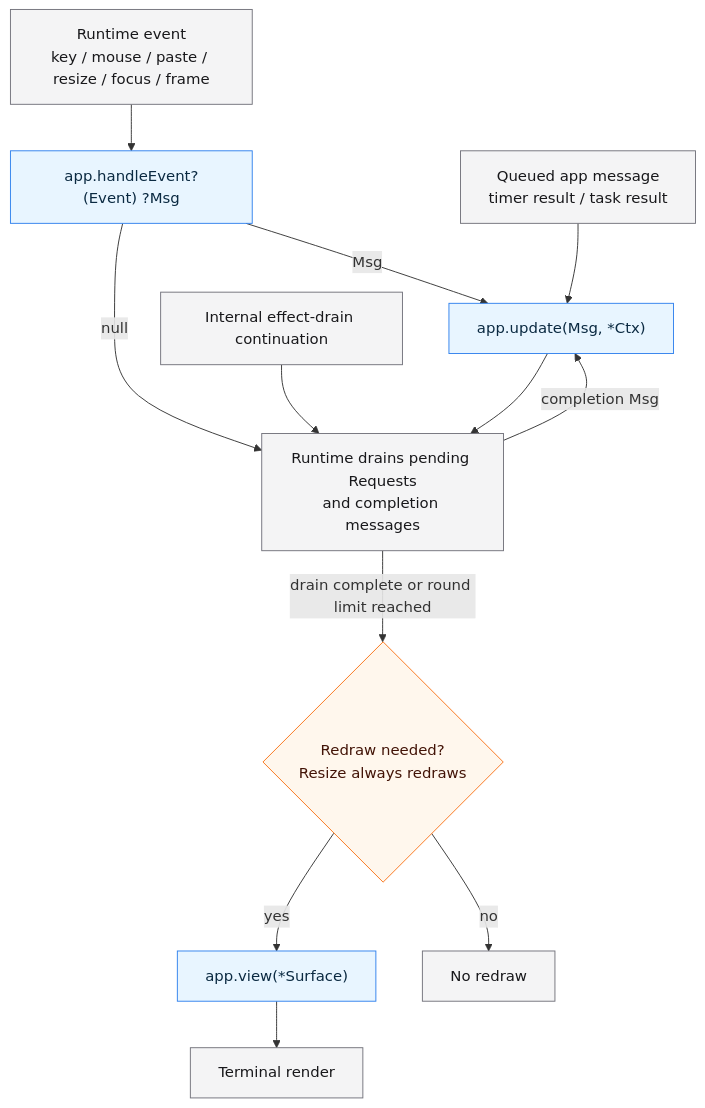
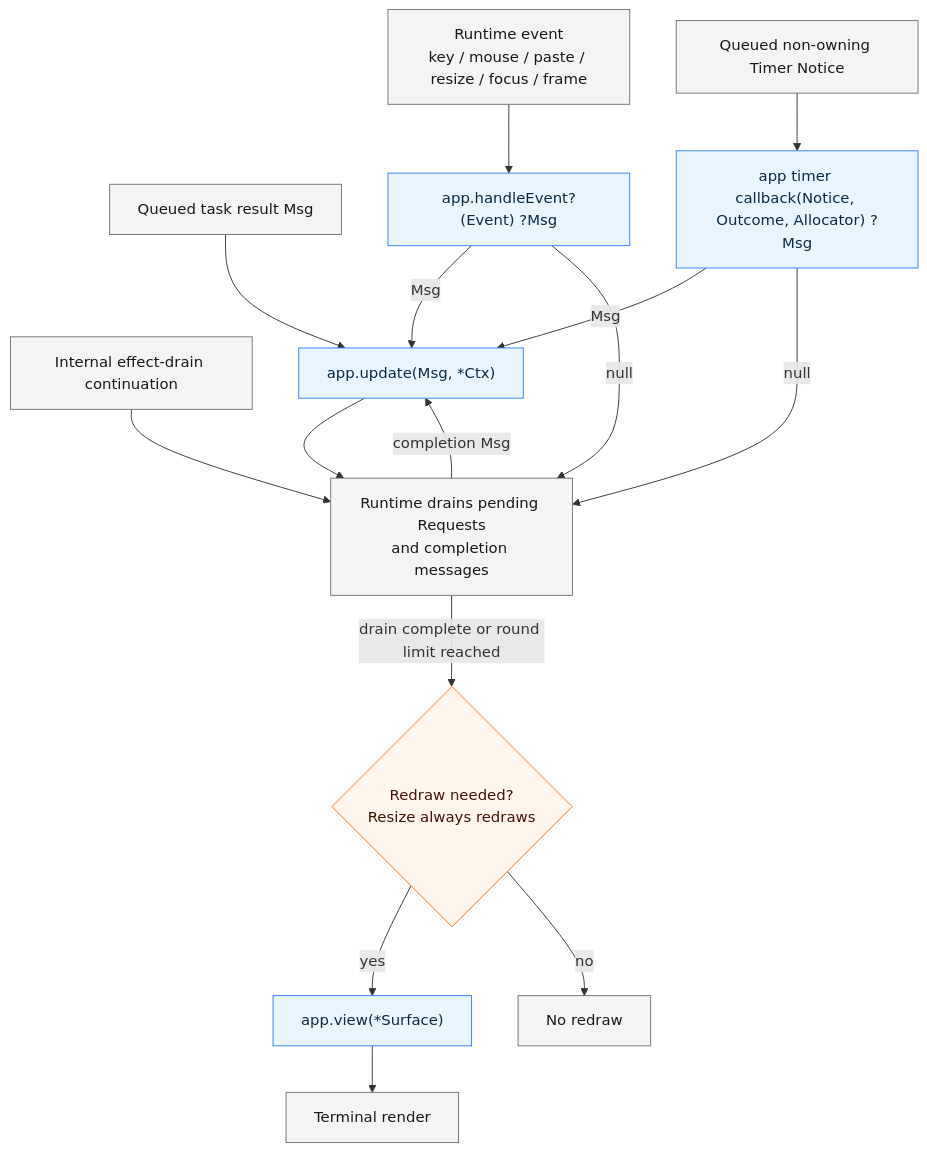
Before and after one commit to hiroaqii/chasen: the diagram in docs/RUNTIME.md, drawn with Mermaid. The commit also changed other lines of this file and 29 other files, not shown here.

Commit message:
feat: deliver timer notices and start failures on the runtime thread

````diff
--- a/docs/RUNTIME.md
+++ b/docs/RUNTIME.md
@@ -18,33 +18,38 @@
 ```mermaid
 flowchart TD
     Event["Runtime event<br/>key / mouse / paste / resize / focus / frame"]
-    RuntimeMsg["Queued app message<br/>timer result / task result"]
+    RuntimeMsg["Queued task result Msg"]
+    TimerNotice["Queued non-owning Timer Notice"]
+    Notify["app timer callback(Notice, Outcome, Allocator) ?Msg"]
     Continue["Internal effect-drain continuation"]
     Handle["app.handleEvent?(Event) ?Msg"]
     Update["app.update(Msg, *Ctx)"]
     Effects["Runtime drains pending Requests<br/>and completion messages"]
     NeedRender{"Redraw needed?<br/>Resize always redraws"}
     View["app.view(*Surface)"]
     Render["Terminal render"]
     Skip["No redraw"]
 
     Event --> Handle
     Handle -->|"Msg"| Update
     Handle -->|"null"| Effects
     RuntimeMsg --> Update
+    TimerNotice --> Notify
+    Notify -->|"Msg"| Update
+    Notify -->|"null"| Effects
     Continue --> Effects
     Update --> Effects
     Effects -->|"completion Msg"| Update
     Effects -->|"drain complete or round limit reached"| NeedRender
     NeedRender -->|"yes"| View
     View --> Render
     NeedRender -->|"no"| Skip
 
     classDef app fill:#e8f5ff,stroke:#2f80ed,color:#0b2a42;
     classDef runtime fill:#f4f4f5,stroke:#71717a,color:#18181b;
     classDef decision fill:#fff7ed,stroke:#f97316,color:#431407;
 
-    class Handle,Update,View app;
-    class Event,RuntimeMsg,Continue,Effects,Render,Skip runtime;
+    class Handle,Update,View,Notify app;
+    class Event,RuntimeMsg,TimerNotice,Continue,Effects,Render,Skip runtime;
     class NeedRender decision;
 ```
````
